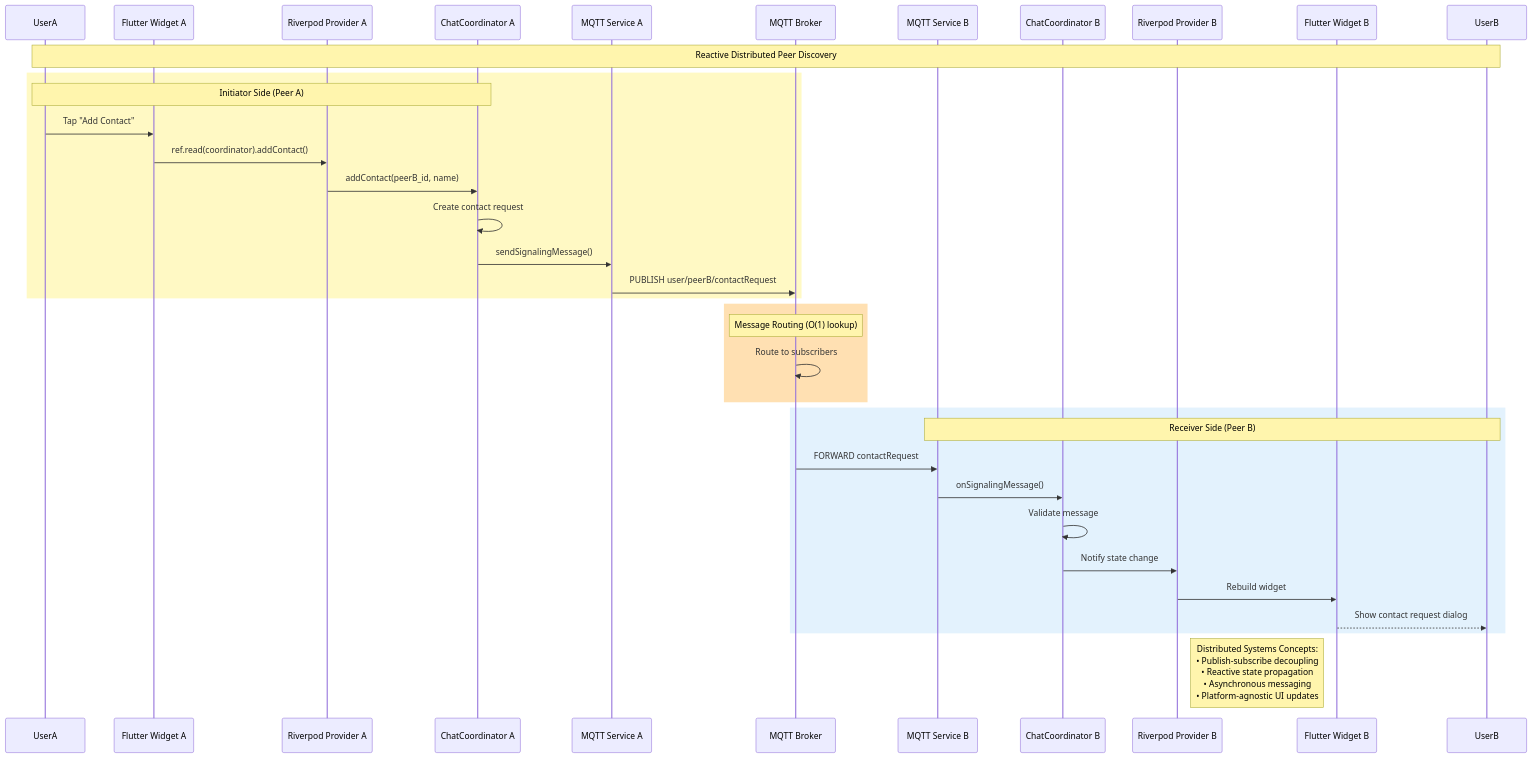
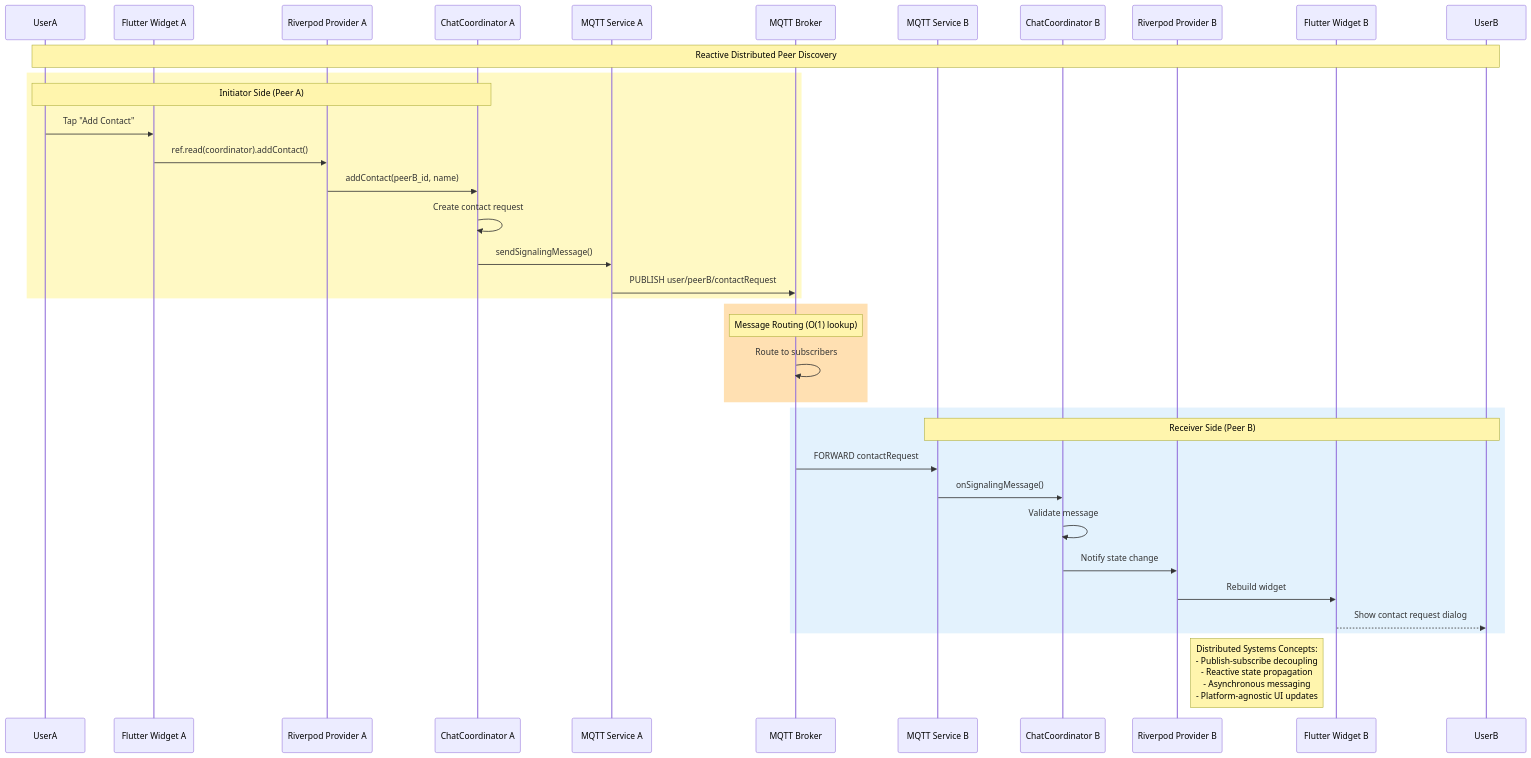
The second of 8 diagrams in docs/sequence-diagrams.md (amr-kasem/distributed-systems-flutter-chat-peer), drawn with Mermaid before and after one commit. The commit also changed other lines of this file and 5 other files, not shown here.

Commit message:
solved issues with diagrams

````diff
--- a/docs/sequence-diagrams.md
+++ b/docs/sequence-diagrams.md
@@ -75,43 +75,43 @@
 ```mermaid
 sequenceDiagram
     participant UserA
     participant WidgetA as Flutter Widget A
     participant ProviderA as Riverpod Provider A
     participant CoordA as ChatCoordinator A
     participant MQTT_A as MQTT Service A
     participant Broker as MQTT Broker
     participant MQTT_B as MQTT Service B
     participant CoordB as ChatCoordinator B
     participant ProviderB as Riverpod Provider B
     participant WidgetB as Flutter Widget B
     participant UserB
     
     Note over UserA,UserB: Reactive Distributed Peer Discovery
     
     rect rgb(255, 249, 196)
         Note over UserA,CoordA: Initiator Side (Peer A)
         UserA->>WidgetA: Tap "Add Contact"
         WidgetA->>ProviderA: ref.read(coordinator).addContact()
         ProviderA->>CoordA: addContact(peerB_id, name)
         CoordA->>CoordA: Create contact request
         CoordA->>MQTT_A: sendSignalingMessage()
         MQTT_A->>Broker: PUBLISH user/peerB/contactRequest
     end
     
     rect rgb(255, 224, 178)
         Note over Broker: Message Routing (O(1) lookup)
         Broker->>Broker: Route to subscribers
     end
     
     rect rgb(227, 242, 253)
         Note over MQTT_B,UserB: Receiver Side (Peer B)
         Broker->>MQTT_B: FORWARD contactRequest
         MQTT_B->>CoordB: onSignalingMessage()
         CoordB->>CoordB: Validate message
         CoordB->>ProviderB: Notify state change
         ProviderB->>WidgetB: Rebuild widget
         WidgetB-->>UserB: Show contact request dialog
     end
     
-    Note right of ProviderB: Distributed Systems Concepts:<br/>• Publish-subscribe decoupling<br/>• Reactive state propagation<br/>• Asynchronous messaging<br/>• Platform-agnostic UI updates
+    Note right of ProviderB: Distributed Systems Concepts:<br/>- Publish-subscribe decoupling<br/>- Reactive state propagation<br/>- Asynchronous messaging<br/>- Platform-agnostic UI updates
 ```
````
